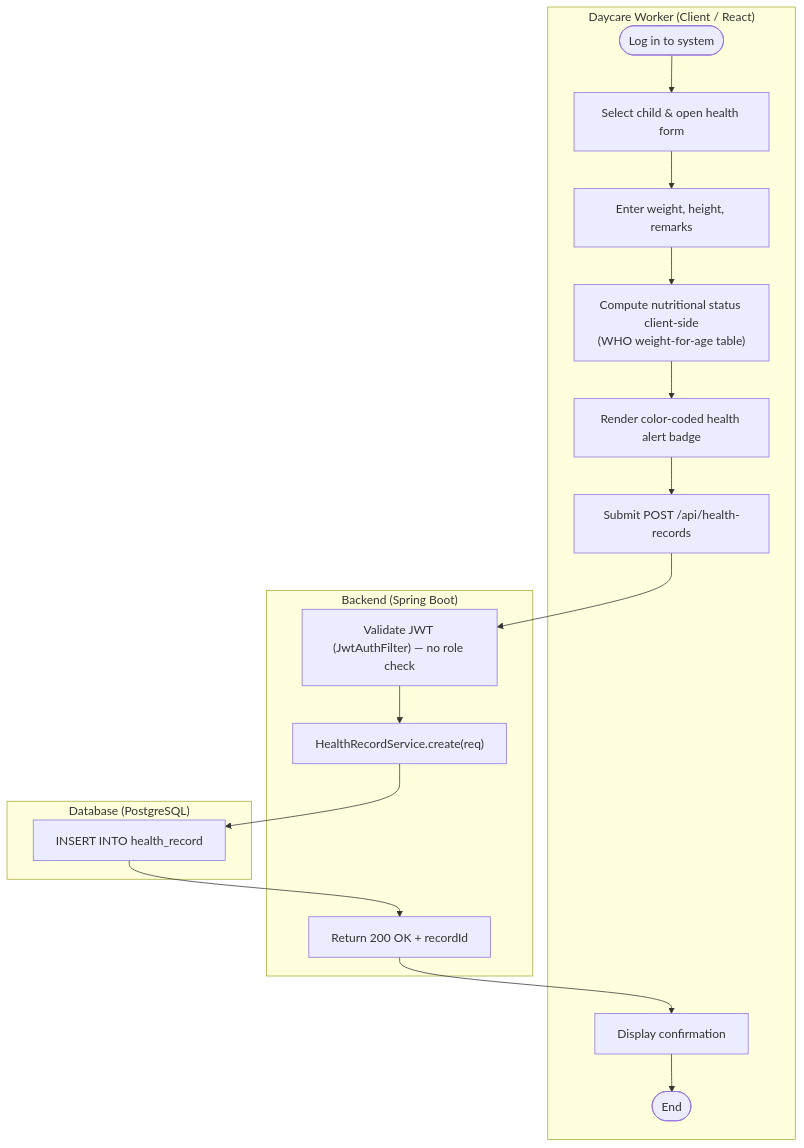
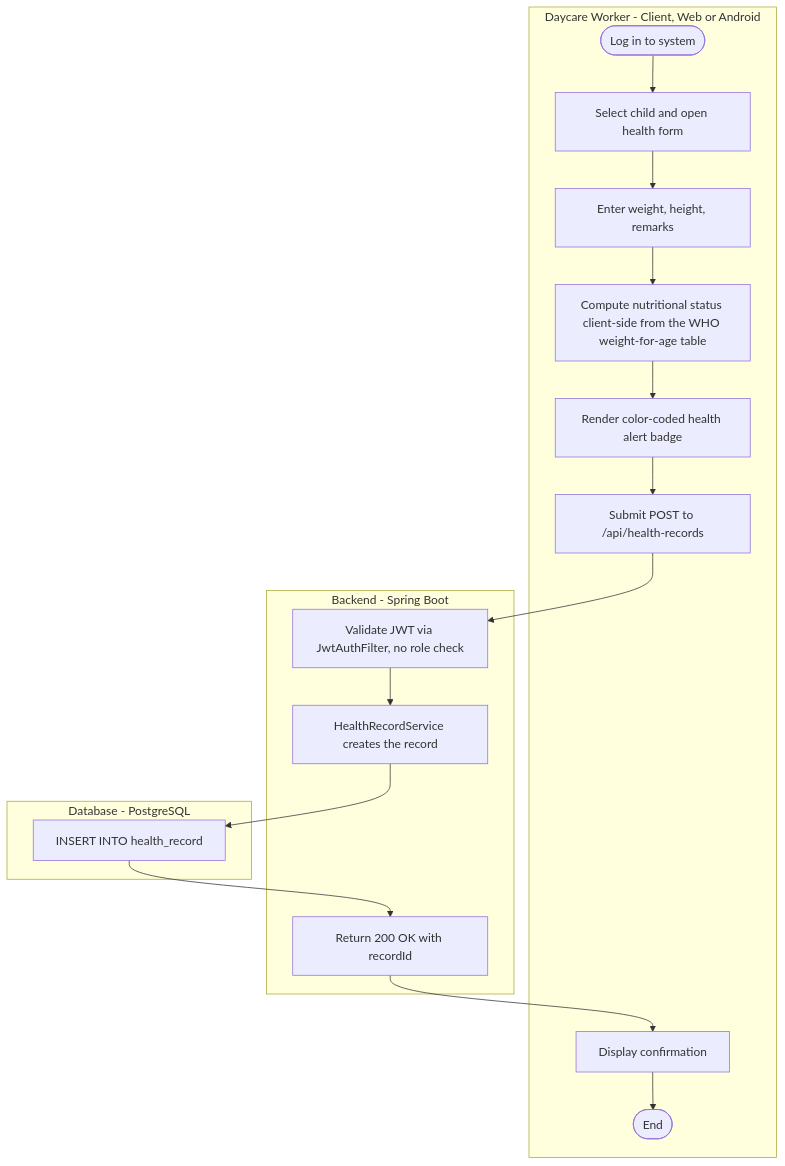
The third of 4 diagrams in docs/SRS_v2.1_revised.md (earl1605/daycarelog), drawn with Mermaid before and after one commit. The commit also changed other lines of this file, not shown here.

First line of the commit message:
fix(docs): make SRS Mermaid diagrams render on GitHub

````diff
--- a/docs/SRS_v2.1_revised.md
+++ b/docs/SRS_v2.1_revised.md
@@ -311,21 +311,21 @@
 ```mermaid
 flowchart TD
-    subgraph Client["Daycare Worker (Client / React)"]
-        A1([Log in to system]) --> A2[Select child & open health form]
+    subgraph Client["Daycare Worker - Client, Web or Android"]
+        A1([Log in to system]) --> A2[Select child and open health form]
         A2 --> A3[Enter weight, height, remarks]
-        A3 --> A4["Compute nutritional status client-side<br/>(WHO weight-for-age table)"]
+        A3 --> A4[Compute nutritional status client-side from the WHO weight-for-age table]
         A4 --> A5[Render color-coded health alert badge]
-        A5 --> A6[Submit POST /api/health-records]
+        A5 --> A6[Submit POST to /api/health-records]
         A9[Display confirmation] --> A10([End])
     end
-    subgraph Backend["Backend (Spring Boot)"]
-        B1["Validate JWT (JwtAuthFilter) — no role check"]
-        B2["HealthRecordService.create(req)"]
-        B3["Return 200 OK + recordId"]
+    subgraph Backend["Backend - Spring Boot"]
+        B1[Validate JWT via JwtAuthFilter, no role check]
+        B2[HealthRecordService creates the record]
+        B3[Return 200 OK with recordId]
     end
-    subgraph Database["Database (PostgreSQL)"]
+    subgraph Database["Database - PostgreSQL"]
         D1[INSERT INTO health_record]
     end
 
     A6 --> B1 --> B2 --> D1 --> B3 --> A9
 ```
````
